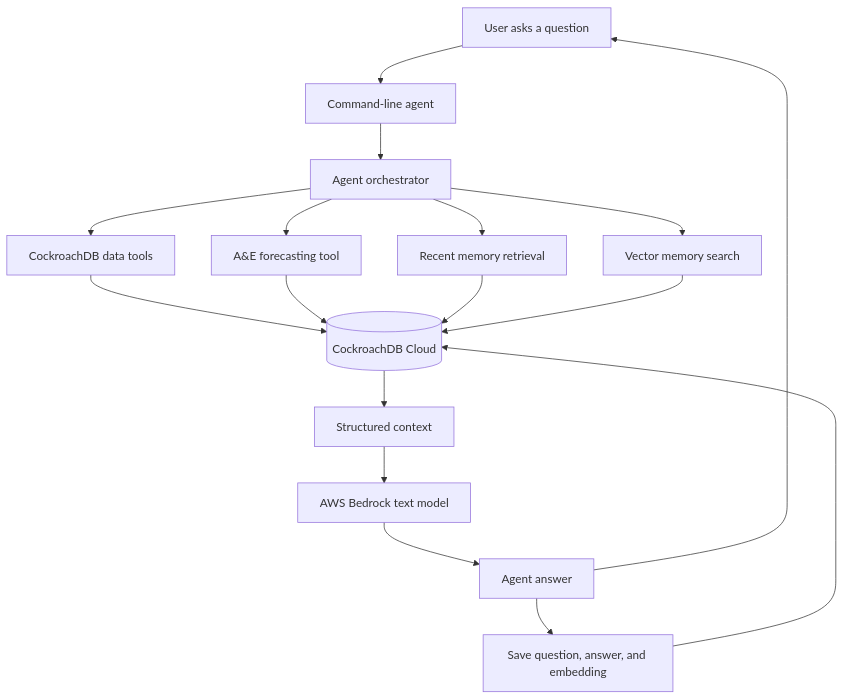
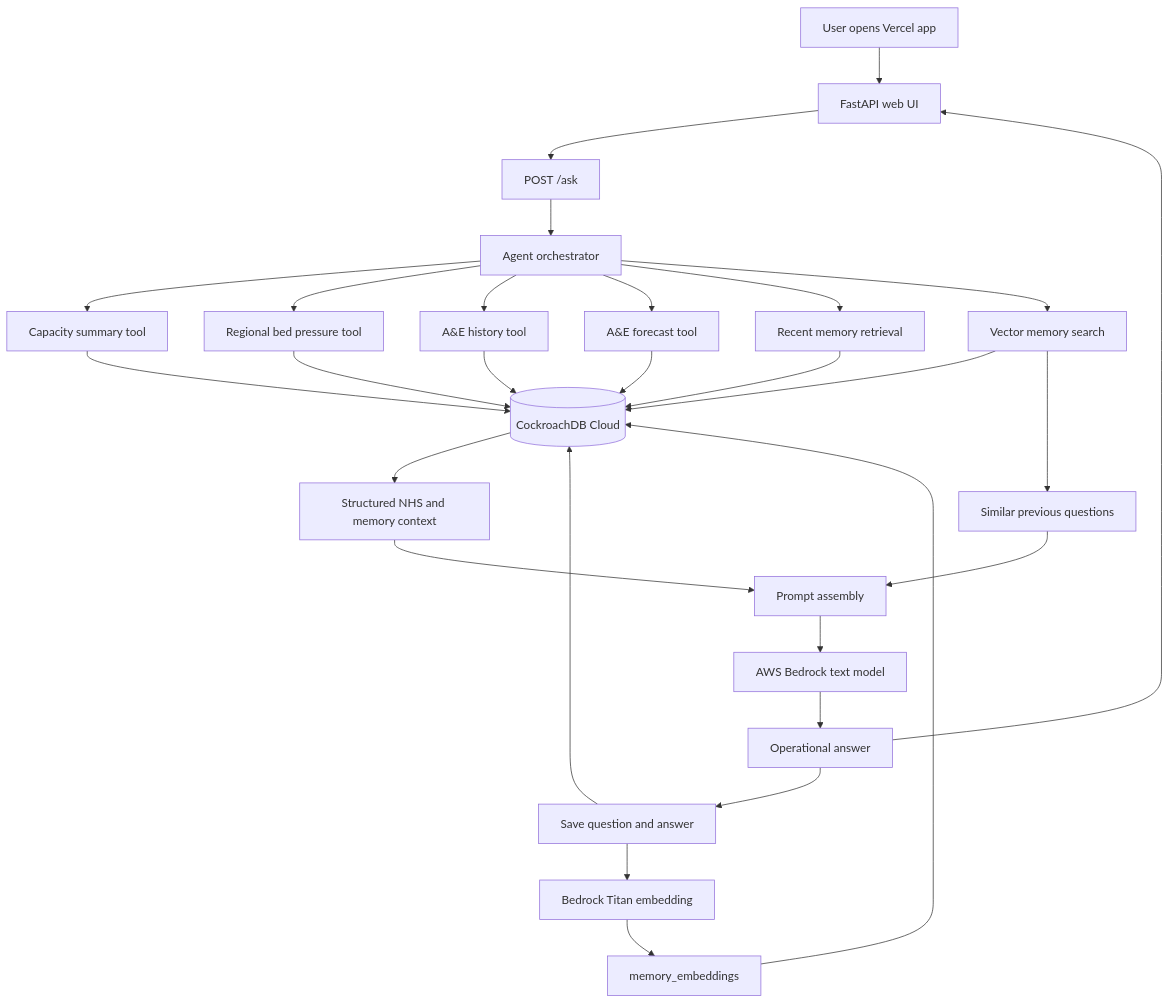
Before and after one commit to Nik-ui/nhs-healthcare-capacity-ai: the first of 3 diagrams in nhs-healthcare-capacity-ai/docs/ARCHITECTURE.md, drawn with Mermaid. The commit also changed other lines of this file and 7 other files, not shown here.

````diff
--- a/nhs-healthcare-capacity-ai/docs/ARCHITECTURE.md
+++ b/nhs-healthcare-capacity-ai/docs/ARCHITECTURE.md
@@ -7,19 +7,36 @@
 ```mermaid
 flowchart TD
-    User[User asks a question] --> CLI[Command-line agent]
-    CLI --> Orchestrator[Agent orchestrator]
-    Orchestrator --> Tools[CockroachDB data tools]
-    Orchestrator --> Forecast[A&E forecasting tool]
-    Orchestrator --> Memory[Recent memory retrieval]
+    User[User opens Vercel app] --> UI[FastAPI web UI]
+    UI --> AskAPI[POST /ask]
+    AskAPI --> Orchestrator[Agent orchestrator]
+
+    Orchestrator --> CapacityTool[Capacity summary tool]
+    Orchestrator --> BedTool[Regional bed pressure tool]
+    Orchestrator --> AETool[A&E history tool]
+    Orchestrator --> ForecastTool[A&E forecast tool]
+    Orchestrator --> RecentMemory[Recent memory retrieval]
     Orchestrator --> VectorMemory[Vector memory search]
-    Tools --> Cockroach[(CockroachDB Cloud)]
-    Forecast --> Cockroach
-    Memory --> Cockroach
+
+    CapacityTool --> Cockroach[(CockroachDB Cloud)]
+    BedTool --> Cockroach
+    AETool --> Cockroach
+    ForecastTool --> Cockroach
+    RecentMemory --> Cockroach
     VectorMemory --> Cockroach
-    Cockroach --> Context[Structured context]
-    Context --> Bedrock[AWS Bedrock text model]
-    Bedrock --> Answer[Agent answer]
-    Answer --> SaveMemory[Save question, answer, and embedding]
+
+    VectorMemory --> SimilarContext[Similar previous questions]
+    Cockroach --> StructuredContext[Structured NHS and memory context]
+    SimilarContext --> Prompt[Prompt assembly]
+    StructuredContext --> Prompt
+
+    Prompt --> Bedrock[AWS Bedrock text model]
+    Bedrock --> Answer[Operational answer]
+
+    Answer --> SaveMemory[Save question and answer]
     SaveMemory --> Cockroach
-    Answer --> User
+    SaveMemory --> Embedding[Bedrock Titan embedding]
+    Embedding --> VectorTable[memory_embeddings]
+    VectorTable --> Cockroach
+
+    Answer --> UI
 ```
````
